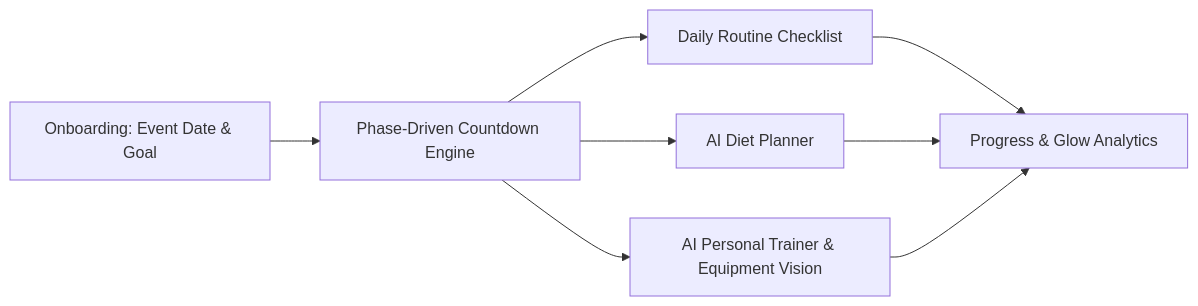
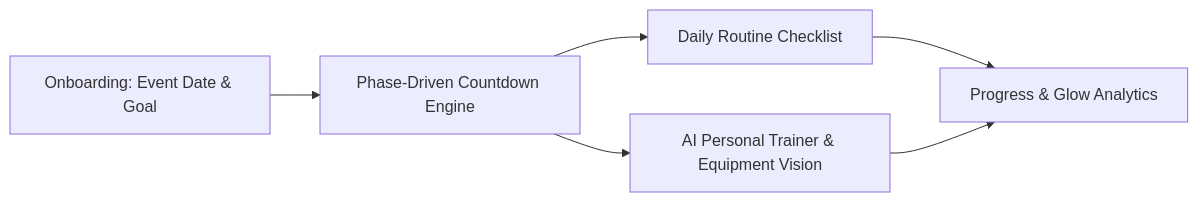
The first of 3 diagrams in CLOCK-IT-APP-SPEC.md (ankita-thakur-28/Clock-IT), drawn with Mermaid before and after one commit. The commit also changed other lines of this file and 3 other files, not shown here.

Commit message:
fix(db): execute direct postgres schema safeguards at startup, baseline flyway from 0, and expose detailed constraint violations

````diff
--- a/CLOCK-IT-APP-SPEC.md
+++ b/CLOCK-IT-APP-SPEC.md
@@ -16,8 +16,7 @@
 ```mermaid
 graph LR
     A[Onboarding: Event Date & Goal] --> B[Phase-Driven Countdown Engine]
     B --> C[Daily Routine Checklist]
-    B --> D[AI Diet Planner]
     B --> E[AI Personal Trainer & Equipment Vision]
-    C & D & E --> F[Progress & Glow Analytics]
+    C & E --> F[Progress & Glow Analytics]
 ```
````
